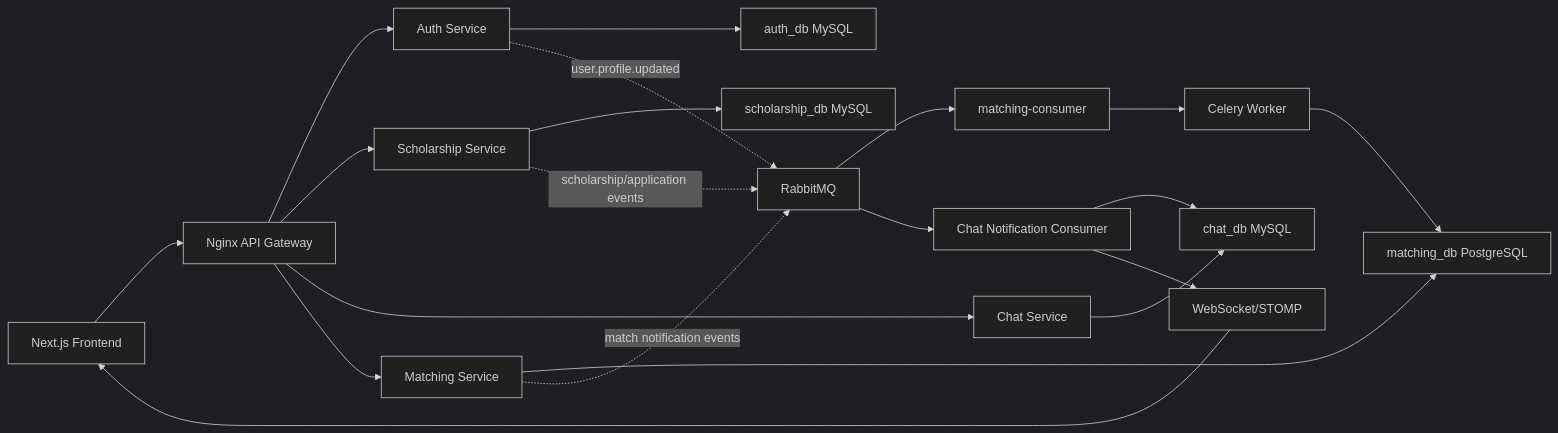
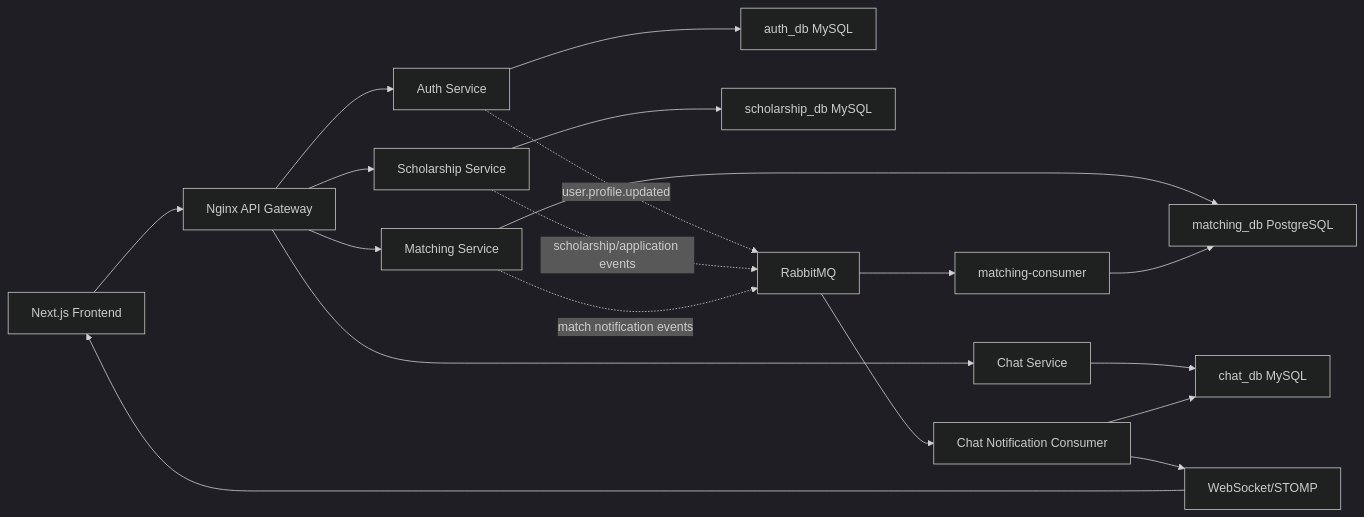
The first of 11 diagrams in docs/06-data-flow.md (hunter875/edumatch-production), drawn with Mermaid (dark theme) before and after one commit. The commit also changed other lines of this file and 10 other files, not shown here.

Commit message:
docs: clarify rabbitmq matching worker

````diff
--- a/docs/06-data-flow.md
+++ b/docs/06-data-flow.md
@@ -7,27 +7,26 @@
 ```mermaid
 flowchart LR
   FE["Next.js Frontend"] --> Gateway["Nginx API Gateway"]
 
   Gateway --> Auth["Auth Service"]
   Gateway --> Scholarship["Scholarship Service"]
   Gateway --> Chat["Chat Service"]
   Gateway --> Matching["Matching Service"]
 
   Auth --> AuthDB["auth_db MySQL"]
   Scholarship --> ScholarshipDB["scholarship_db MySQL"]
   Chat --> ChatDB["chat_db MySQL"]
   Matching --> MatchingDB["matching_db PostgreSQL"]
 
   Auth -. "user.profile.updated" .-> Rabbit["RabbitMQ"]
   Scholarship -. "scholarship/application events" .-> Rabbit
   Matching -. "match notification events" .-> Rabbit
 
   Rabbit --> MatchingConsumer["matching-consumer"]
-  MatchingConsumer --> Worker["Celery Worker"]
-  Worker --> MatchingDB
+  MatchingConsumer --> MatchingDB
 
   Rabbit --> NotificationConsumer["Chat Notification Consumer"]
   NotificationConsumer --> ChatDB
   NotificationConsumer --> WS["WebSocket/STOMP"]
   WS --> FE
 ```
````
